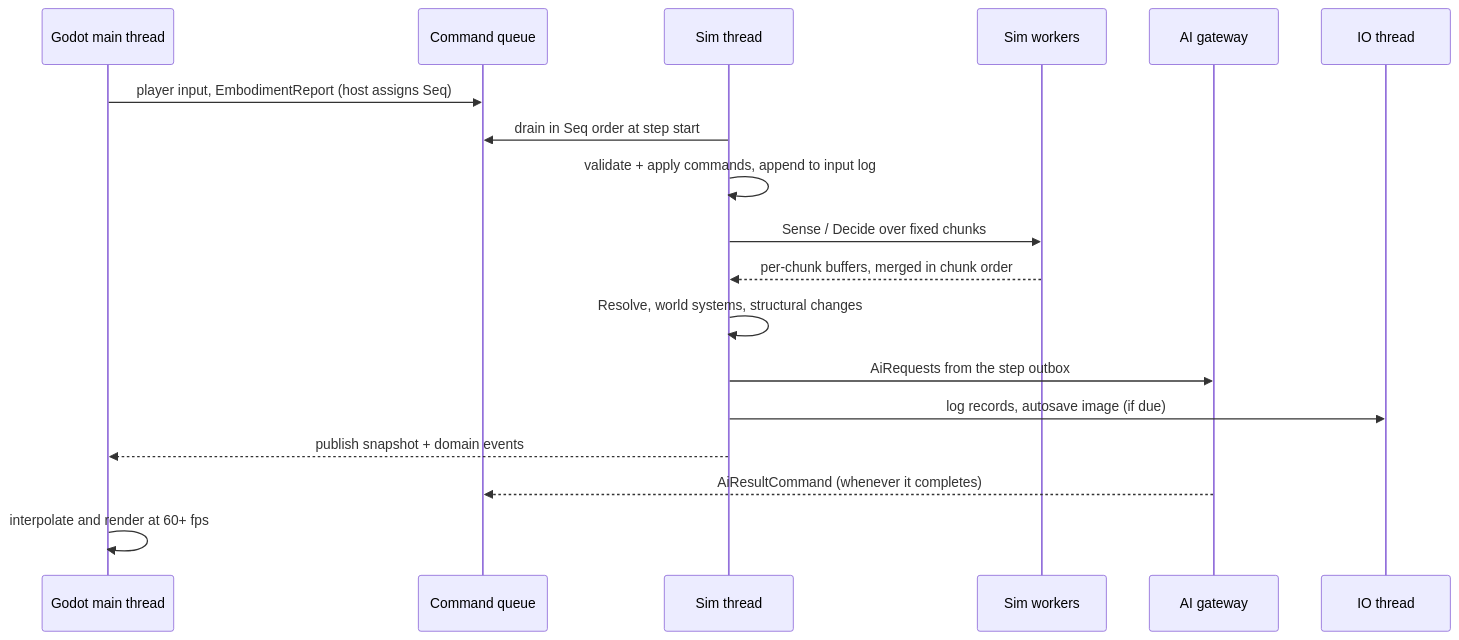
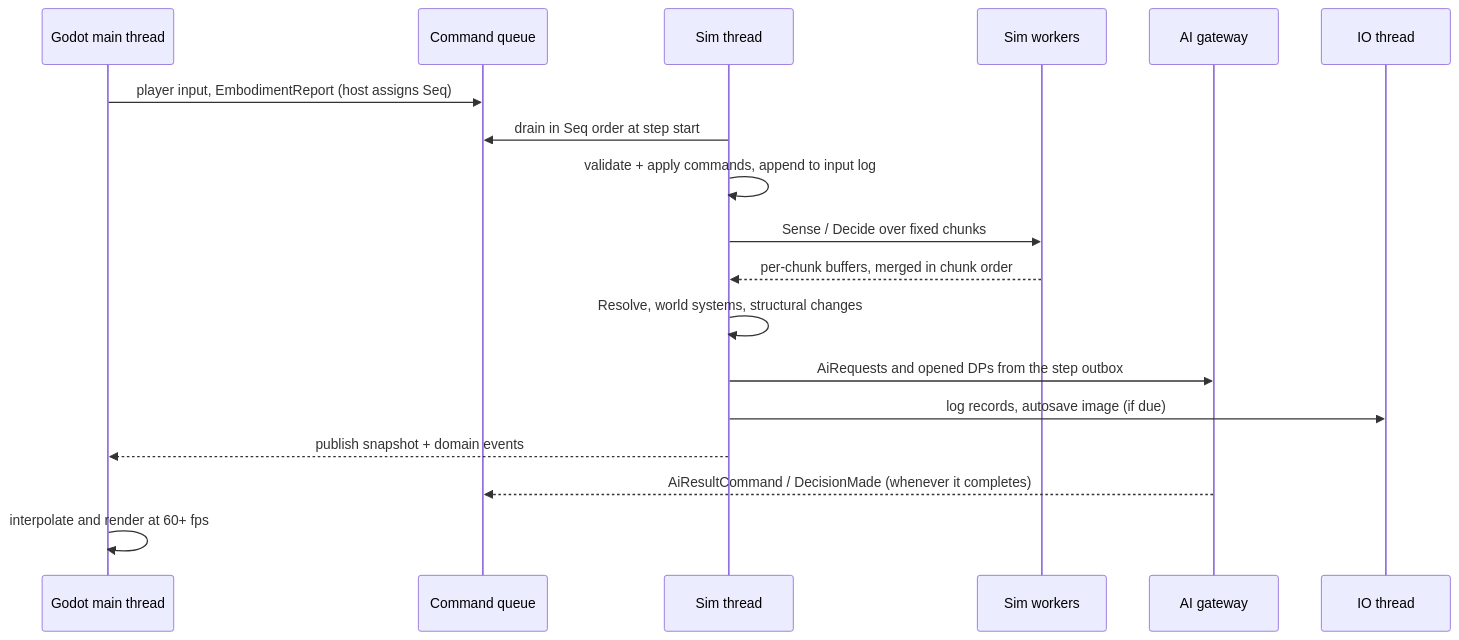
One commit to elefant35/FeudalSim changed the second of 5 diagrams in docs/tech/20-architecture.md. Above: the diagram before and after it, drawn with Mermaid. The commit also changed other lines of this file and 35 other files, not shown here.

````diff
--- a/docs/tech/20-architecture.md
+++ b/docs/tech/20-architecture.md
@@ -145,20 +149,20 @@
 ```mermaid
 sequenceDiagram
   participant M as Godot main thread
   participant Q as Command queue
   participant S as Sim thread
   participant W as Sim workers
   participant A as AI gateway
   participant IO as IO thread
   M->>Q: player input, EmbodimentReport (host assigns Seq)
   S->>Q: drain in Seq order at step start
   S->>S: validate + apply commands, append to input log
   S->>W: Sense / Decide over fixed chunks
   W-->>S: per-chunk buffers, merged in chunk order
   S->>S: Resolve, world systems, structural changes
-  S->>A: AiRequests from the step outbox
+  S->>A: AiRequests and opened DPs from the step outbox
   S->>IO: log records, autosave image (if due)
   S-->>M: publish snapshot + domain events
-  A-->>Q: AiResultCommand (whenever it completes)
+  A-->>Q: AiResultCommand / DecisionMade (whenever it completes)
   M->>M: interpolate and render at 60+ fps
 ```
````
